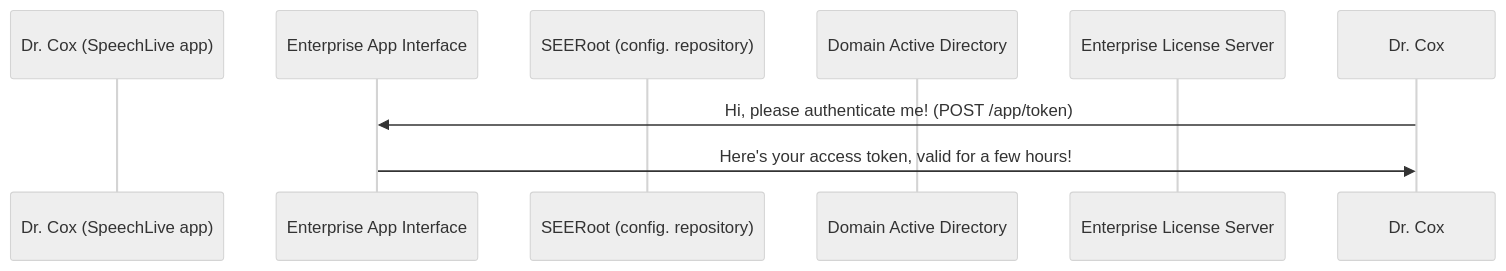
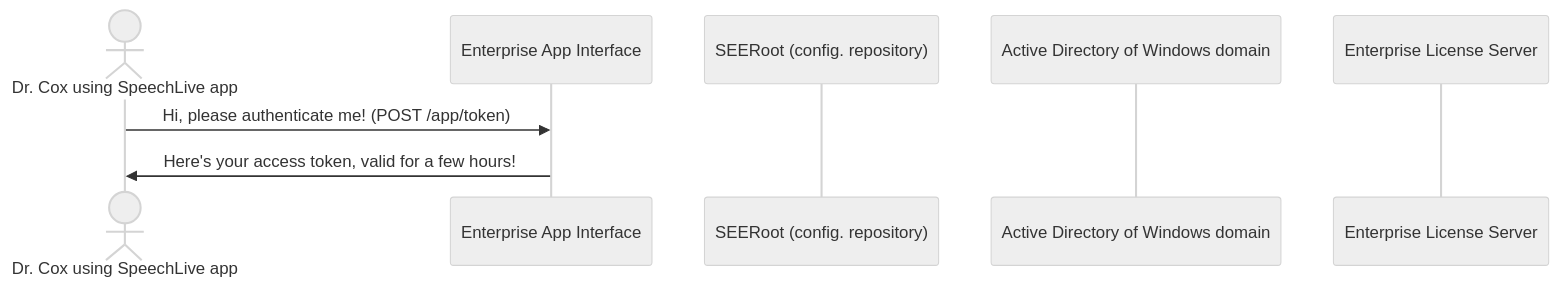
Before and after one commit to KahunaDev/kahunadev.github.io: the diagram in docs/site/editing/TextEditingGuidelines.md, drawn with Mermaid (neutral theme).

````diff
--- a/docs/site/editing/TextEditingGuidelines.md
+++ b/docs/site/editing/TextEditingGuidelines.md
@@ -30,10 +30,10 @@
 ```mermaid
 sequenceDiagram
-    participant Dr. Cox (SpeechLive app)
-    participant Enterprise App Interface
-    participant SEERoot (config. repository)
-    participant Domain Active Directory
-    participant Enterprise License Server
-    Dr. Cox->>Enterprise App Interface: Hi, please authenticate me! (POST /app/token)
-    Enterprise App Interface->>Dr. Cox: Here's your access token, valid for a few hours!
+    actor U1 as Dr. Cox using SpeechLive app
+    participant EAI as Enterprise App Interface
+    participant SEERoot as SEERoot (config. repository)
+    participant AD as Active Directory of Windows domain
+    participant L as Enterprise License Server
+    U1->>EAI: Hi, please authenticate me! (POST /app/token)
+    EAI->>U1: Here's your access token, valid for a few hours!
 ```
````
